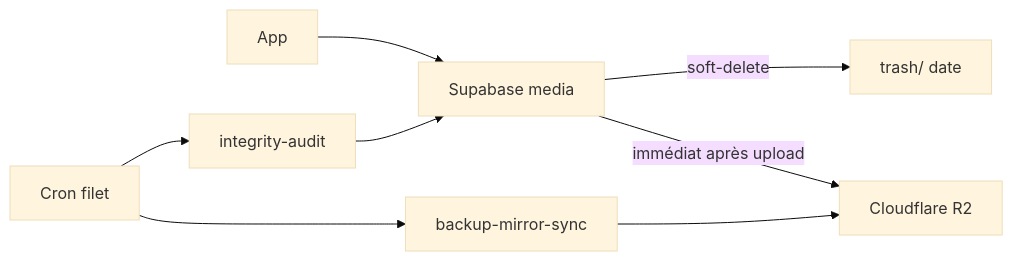
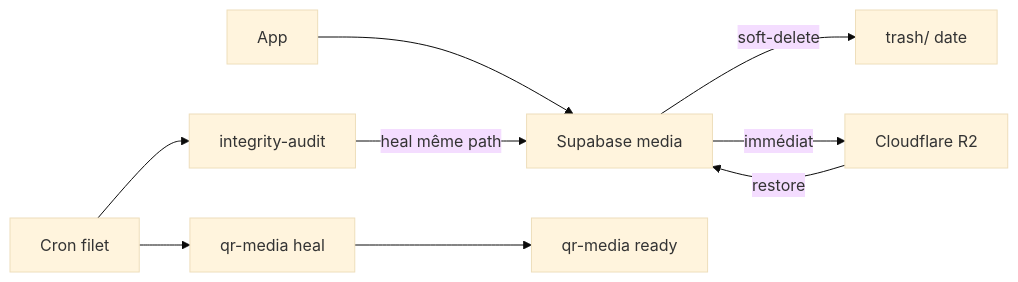
One commit to yembez/petitmo changed the diagram in docs/specs/media-backup-durability.md. Above: the diagram before and after it, drawn with Mermaid (base theme). The commit also changed other lines of this file and 6 other files, not shown here.

First line of the commit message:
feat(backup): heal silencieux R2→Supabase (médias, textes, QR) + purge trash.

````diff
--- a/docs/specs/media-backup-durability.md
+++ b/docs/specs/media-backup-durability.md
@@ -16,10 +18,11 @@
 ```mermaid
 flowchart LR
   app[App] --> primary[Supabase media]
   primary -->|soft-delete| trash[trash/ date]
-  primary -->|immédiat après upload| r2[Cloudflare R2]
+  primary -->|immédiat| r2[Cloudflare R2]
   cron[Cron filet] --> audit[integrity-audit]
-  audit --> primary
-  cron --> mirror[backup-mirror-sync]
-  mirror --> r2
+  audit -->|heal même path| primary
+  r2 -->|restore| primary
+  cron --> qrHeal[qr-media heal]
+  qrHeal --> qrBucket[qr-media ready]
 ```
````
